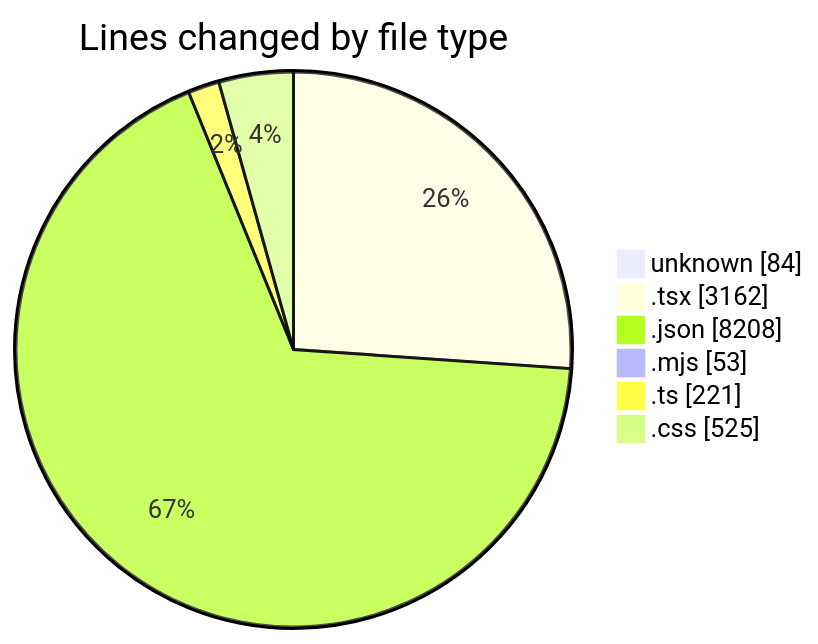
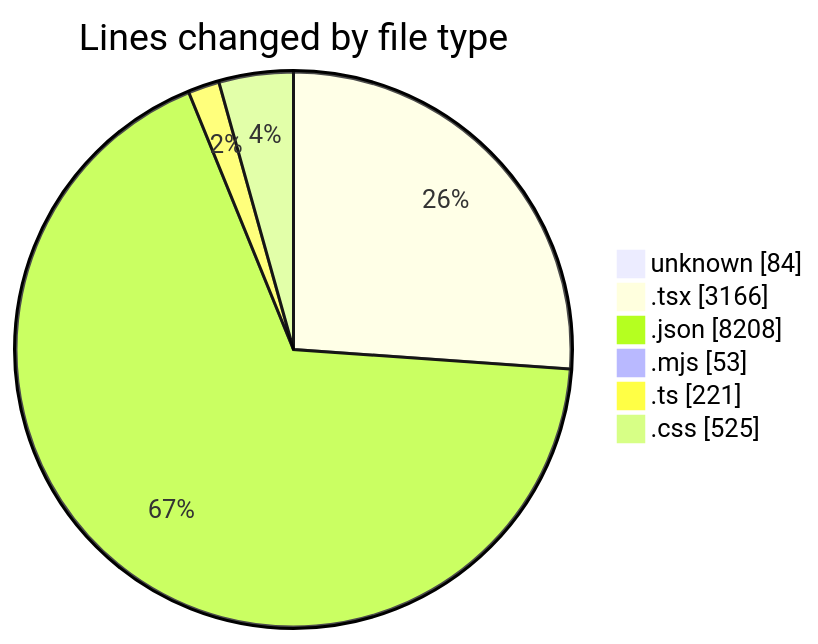
The first of 2 diagrams in 2025-05-15/niten/README.md (Elitesun/code-tracking), drawn with Mermaid before and after one commit. The commit also changed other lines of this file and 1 other file, not shown here.

````diff
--- a/2025-05-15/niten/README.md
+++ b/2025-05-15/niten/README.md
@@ -44,10 +44,10 @@
 ```mermaid
 pie showData
 title Lines changed by file type
 "unknown" : 84
-".tsx" : 3162
+".tsx" : 3166
 ".json" : 8208
 ".mjs" : 53
 ".ts" : 221
 ".css" : 525
 ```
````
